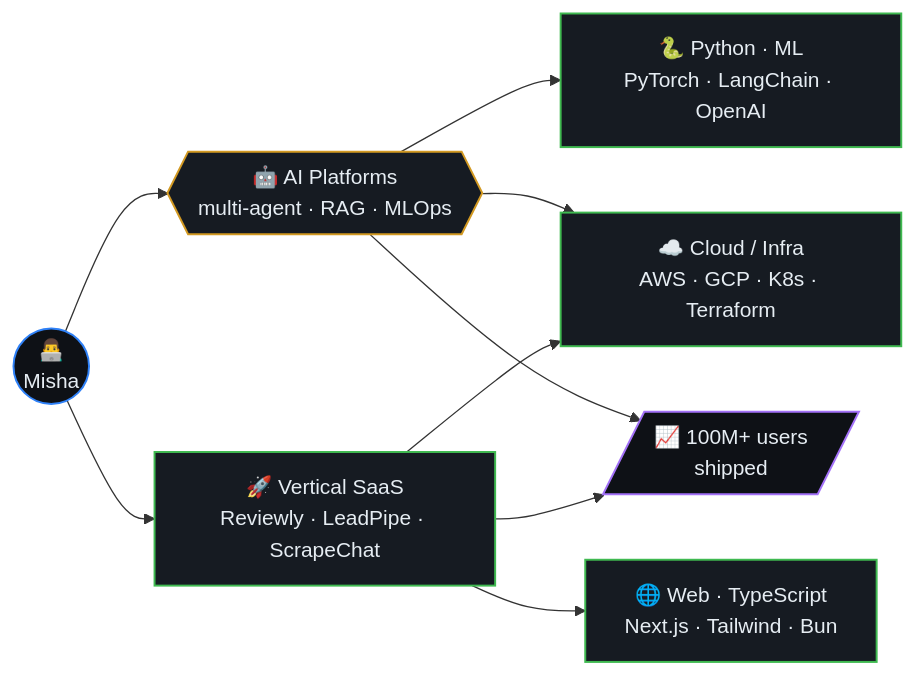
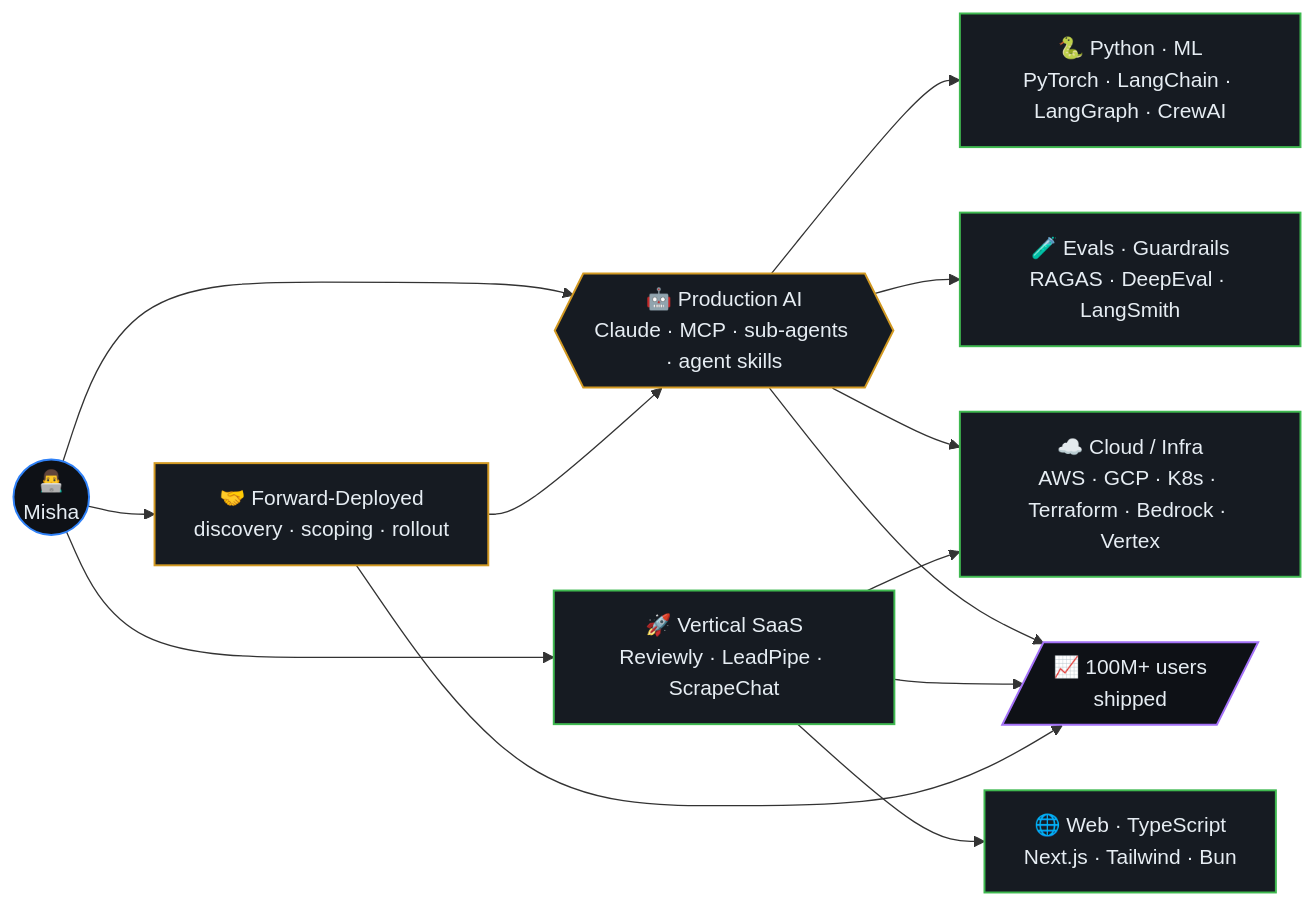
One commit to ml-lubich/ml-lubich changed the first of 5 diagrams in README.md. Above: the diagram before and after it, drawn with Mermaid. The commit also changed other lines of this file, not shown here.

First line of the commit message:
docs(readme): tune profile for forward-deployed AI engineering signal

````diff
--- a/README.md
+++ b/README.md
@@ -65,28 +66,34 @@
 ```mermaid
 flowchart LR
     ME(("👨‍💻<br/>Misha"))
-    AI{{"🤖 AI Platforms<br/>multi-agent · RAG · MLOps"}}
+    AI{{"🤖 Production AI<br/>Claude · MCP · sub-agents · agent skills"}}
+    FDE["🤝 Forward-Deployed<br/>discovery · scoping · rollout"]
     SAAS["🚀 Vertical SaaS<br/>Reviewly · LeadPipe · ScrapeChat"]
     WEB["🌐 Web · TypeScript<br/>Next.js · Tailwind · Bun"]
-    PY["🐍 Python · ML<br/>PyTorch · LangChain · OpenAI"]
-    INFRA["☁️ Cloud / Infra<br/>AWS · GCP · K8s · Terraform"]
+    PY["🐍 Python · ML<br/>PyTorch · LangChain · LangGraph · CrewAI"]
+    EVAL["🧪 Evals · Guardrails<br/>RAGAS · DeepEval · LangSmith"]
+    INFRA["☁️ Cloud / Infra<br/>AWS · GCP · K8s · Terraform · Bedrock · Vertex"]
     USERS[/"📈 100M+ users<br/>shipped"/]
 
+    ME --> FDE
     ME --> AI
     ME --> SAAS
+    FDE --> AI
     AI --> PY
+    AI --> EVAL
     SAAS --> WEB
     AI --> INFRA
     SAAS --> INFRA
     AI --> USERS
     SAAS --> USERS
+    FDE --> USERS
 
     classDef io fill:#0e1116,stroke:#2f81f7,stroke-width:1.5px,color:#e6edf3;
     classDef brain fill:#161b22,stroke:#d29922,stroke-width:1.5px,color:#e6edf3;
     classDef tool fill:#161b22,stroke:#3fb950,stroke-width:1.5px,color:#e6edf3;
     classDef out fill:#0e1116,stroke:#a371f7,stroke-width:1.5px,color:#e6edf3;
     class ME io;
-    class AI brain;
-    class SAAS,WEB,PY,INFRA tool;
+    class AI,FDE brain;
+    class SAAS,WEB,PY,INFRA,EVAL tool;
     class USERS out;
 ```
````
